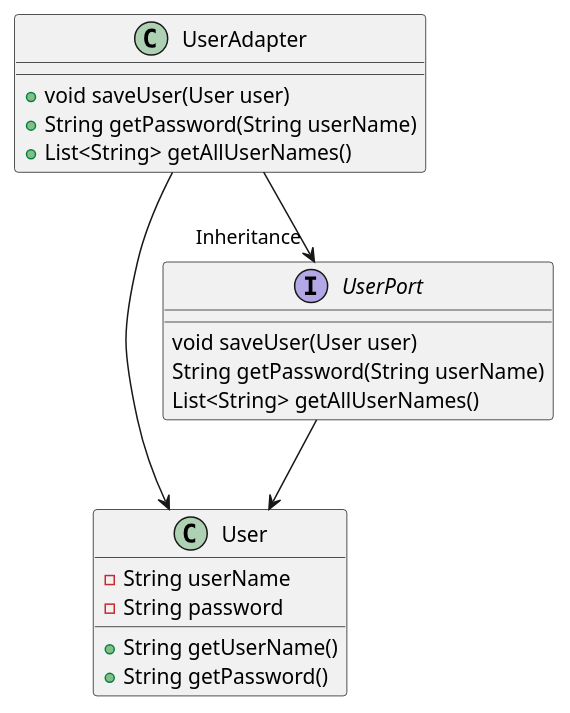
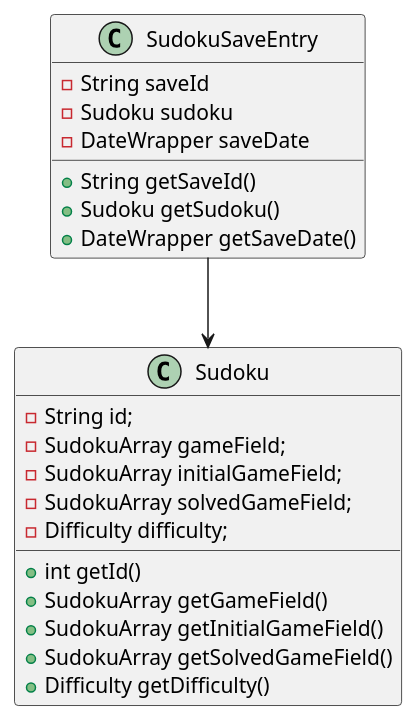
One commit to mohjohfox/cli-sudoku changed the diagram in uml/schichten_analyse/domain_schicht_1.puml. Above: the diagram before and after it, drawn with PlantUML. The commit also changed 1 other file, not shown here.

```diff
--- a/uml/schichten_analyse/domain_schicht_1.puml
+++ b/uml/schichten_analyse/domain_schicht_1.puml
@@ -1,24 +1,25 @@
 @startuml
-class User {
-  - String userName
-  - String password
-  + String getUserName()
-  + String getPassword()
+class Sudoku {
+  - String id;
+  - SudokuArray gameField;
+  - SudokuArray initialGameField;
+  - SudokuArray solvedGameField;
+  - Difficulty difficulty;
+  + int getId()
+  + SudokuArray getGameField()
+  + SudokuArray getInitialGameField()
+  + SudokuArray getSolvedGameField()
+  + Difficulty getDifficulty()
 }
 
-interface UserPort {
-   void saveUser(User user)
-   String getPassword(String userName)
-   List<String> getAllUserNames()
+class SudokuSaveEntry {
+   - String saveId
+   - Sudoku sudoku
+   - DateWrapper saveDate
+   + String getSaveId()
+   + Sudoku getSudoku()
+   + DateWrapper getSaveDate()
 }
 
-class UserAdapter {
-   + void saveUser(User user)
-   + String getPassword(String userName)
-   + List<String> getAllUserNames()
-}
-
-UserAdapter--> "Inheritance" UserPort
-UserAdapter-->User
-UserPort-->User
+SudokuSaveEntry-->Sudoku
 @enduml
```
